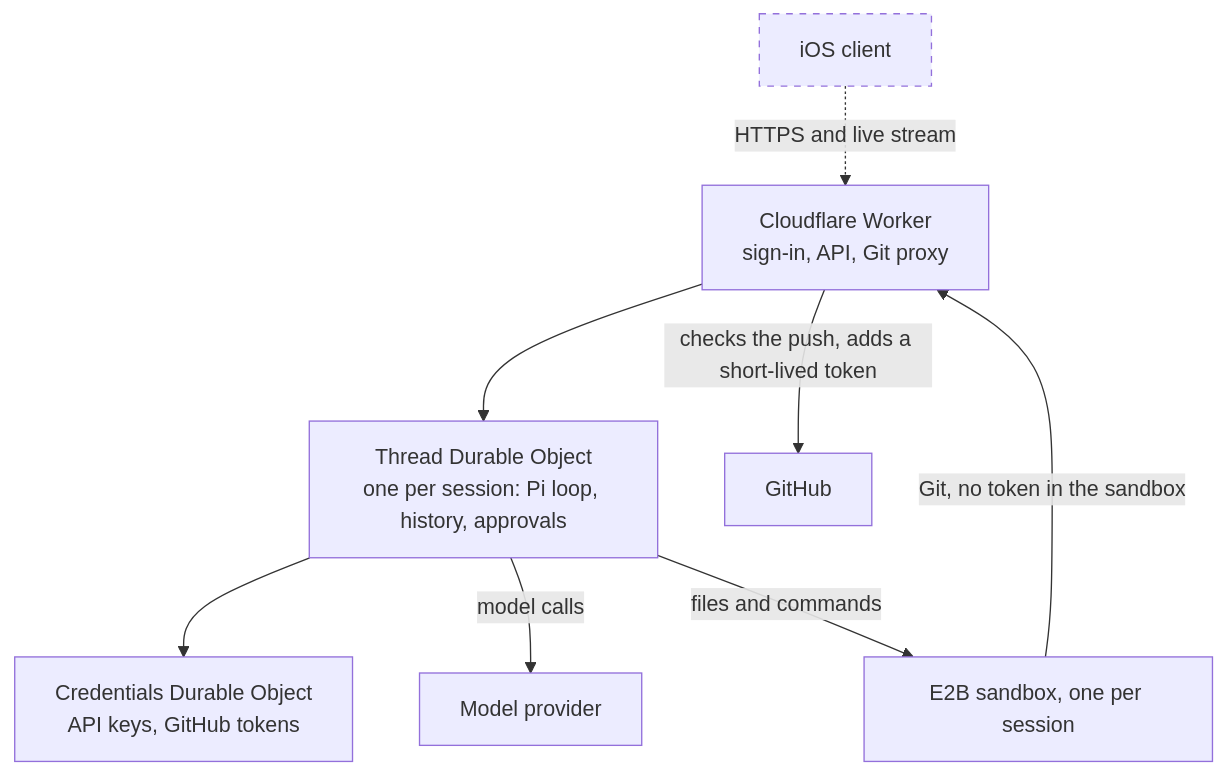
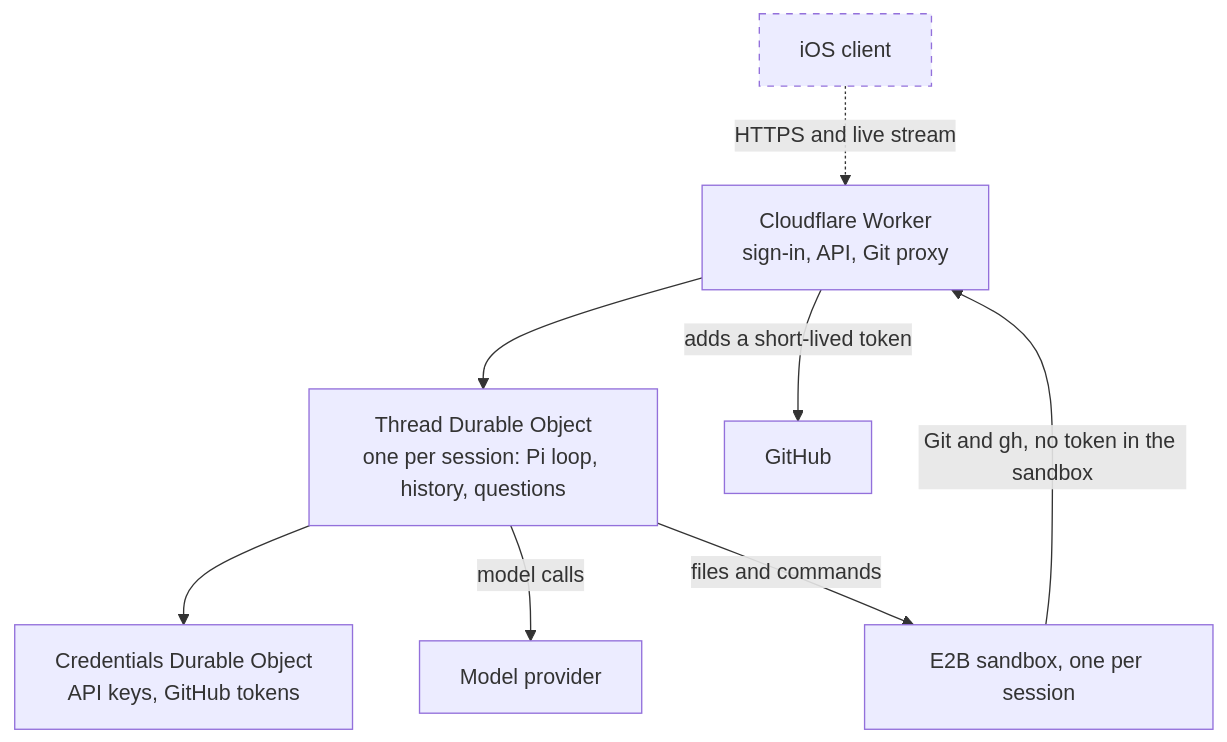
Before and after one commit to sudoanmol/cloud-swe: the diagram in README.md, drawn with Mermaid. The commit also changed other lines of this file and 6 other files, not shown here.

Commit message:
docs: describe full GitHub access through gh, with no approvals

````diff
--- a/README.md
+++ b/README.md
@@ -11,20 +11,20 @@
 ```mermaid
 flowchart TD
     Client["iOS client"]:::planned
     Worker["Cloudflare Worker<br/>sign-in, API, Git proxy"]
-    Thread["Thread Durable Object<br/>one per session: Pi loop, history, approvals"]
+    Thread["Thread Durable Object<br/>one per session: Pi loop, history, questions"]
     Keys["Credentials Durable Object<br/>API keys, GitHub tokens"]
     Models["Model provider"]
     Sandbox["E2B sandbox, one per session"]
     GitHub["GitHub"]
 
     Client -. "HTTPS and live stream" .-> Worker
     Worker --> Thread
     Thread --> Keys
     Thread -- "model calls" --> Models
     Thread -- "files and commands" --> Sandbox
-    Sandbox -- "Git, no token in the sandbox" --> Worker
-    Worker -- "checks the push, adds a short-lived token" --> GitHub
+    Sandbox -- "Git and gh, no token in the sandbox" --> Worker
+    Worker -- "adds a short-lived token" --> GitHub
 
     classDef planned stroke-dasharray: 5 5
 ```
````
